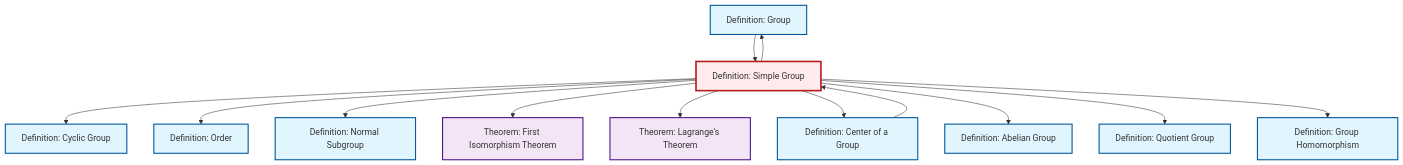
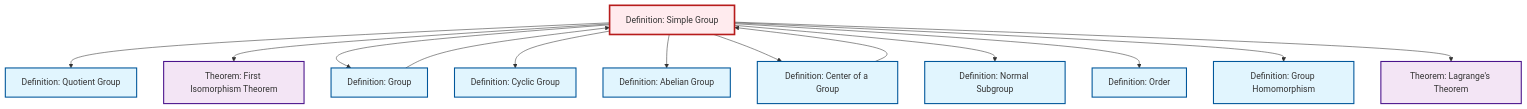
One commit to RK0429/ModernMath changed the diagram in content/en/algebra/def-simple-group.qmd. Above: the diagram before and after it, drawn with Mermaid. The commit also changed other lines of this file and 328 other files, not shown here.

````diff
--- a/content/en/algebra/def-simple-group.qmd
+++ b/content/en/algebra/def-simple-group.qmd
@@ -97,43 +97,43 @@
 ```{mermaid}
 %%| fig-cap: "Local dependency graph"
 graph TD
     classDef definition fill:#e1f5fe,stroke:#01579b,stroke-width:2px
     classDef theorem fill:#f3e5f5,stroke:#4a148c,stroke-width:2px
     classDef axiom fill:#fff3e0,stroke:#e65100,stroke-width:2px
     classDef example fill:#e8f5e9,stroke:#1b5e20,stroke-width:2px
     classDef current fill:#ffebee,stroke:#b71c1c,stroke-width:3px
     def-normal-subgroup["Definition: Normal Subgroup"]:::definition
+    def-order["Definition: Order"]:::definition
     def-cyclic-group["Definition: Cyclic Group"]:::definition
-    def-order["Definition: Order"]:::definition
-    def-quotient-group["Definition: Quotient Group"]:::definition
-    thm-first-isomorphism["Theorem: First Isomorphism Theorem"]:::theorem
-    def-homomorphism["Definition: Group Homomorphism"]:::definition
-    def-group["Definition: Group"]:::definition
-    thm-lagrange["Theorem: Lagrange's Theorem"]:::theorem
-    def-center-of-group["Definition: Center of a Group"]:::definition
     def-simple-group["Definition: Simple Group"]:::definition
     def-abelian-group["Definition: Abelian Group"]:::definition
+    thm-lagrange["Theorem: Lagrange's Theorem"]:::theorem
+    def-group["Definition: Group"]:::definition
+    def-center-of-group["Definition: Center of a Group"]:::definition
+    def-homomorphism["Definition: Group Homomorphism"]:::definition
+    thm-first-isomorphism["Theorem: First Isomorphism Theorem"]:::theorem
+    def-quotient-group["Definition: Quotient Group"]:::definition
+    def-simple-group --> def-quotient-group
+    def-simple-group --> thm-first-isomorphism
+    def-simple-group --> def-group
+    def-center-of-group --> def-simple-group
     def-simple-group --> def-cyclic-group
+    def-simple-group --> def-abelian-group
+    def-simple-group --> def-center-of-group
+    def-simple-group --> def-normal-subgroup
+    def-group --> def-simple-group
     def-simple-group --> def-order
-    def-simple-group --> def-group
-    def-simple-group --> def-normal-subgroup
-    def-simple-group --> thm-first-isomorphism
+    def-simple-group --> def-homomorphism
     def-simple-group --> thm-lagrange
-    def-simple-group --> def-center-of-group
-    def-group --> def-simple-group
-    def-simple-group --> def-abelian-group
-    def-simple-group --> def-quotient-group
-    def-simple-group --> def-homomorphism
-    def-center-of-group --> def-simple-group
     class def-simple-group current
     click def-normal-subgroup "def-normal-subgroup.html" "Go to Normal Subgroup definition"
+    click def-order "def-order.html" "Go to Order definition"
     click def-cyclic-group "def-cyclic-group.html" "Go to Cyclic Group definition"
-    click def-order "def-order.html" "Go to Order definition"
+    click def-abelian-group "def-abelian-group.html" "Go to Abelian Group definition"
+    click thm-lagrange "thm-lagrange.html" "Go to Lagrange's Theorem theorem"
+    click def-group "def-group.html" "Go to Group definition"
+    click def-center-of-group "def-center-of-group.html" "Go to Center of a Group definition"
+    click def-homomorphism "def-homomorphism.html" "Go to Group Homomorphism definition"
+    click thm-first-isomorphism "thm-first-isomorphism.html" "Go to First Isomorphism Theorem theorem"
     click def-quotient-group "def-quotient-group.html" "Go to Quotient Group definition"
-    click thm-first-isomorphism "thm-first-isomorphism.html" "Go to First Isomorphism Theorem theorem"
-    click def-homomorphism "def-homomorphism.html" "Go to Group Homomorphism definition"
-    click def-group "def-group.html" "Go to Group definition"
-    click thm-lagrange "thm-lagrange.html" "Go to Lagrange's Theorem theorem"
-    click def-center-of-group "def-center-of-group.html" "Go to Center of a Group definition"
-    click def-abelian-group "def-abelian-group.html" "Go to Abelian Group definition"
 ```
````
